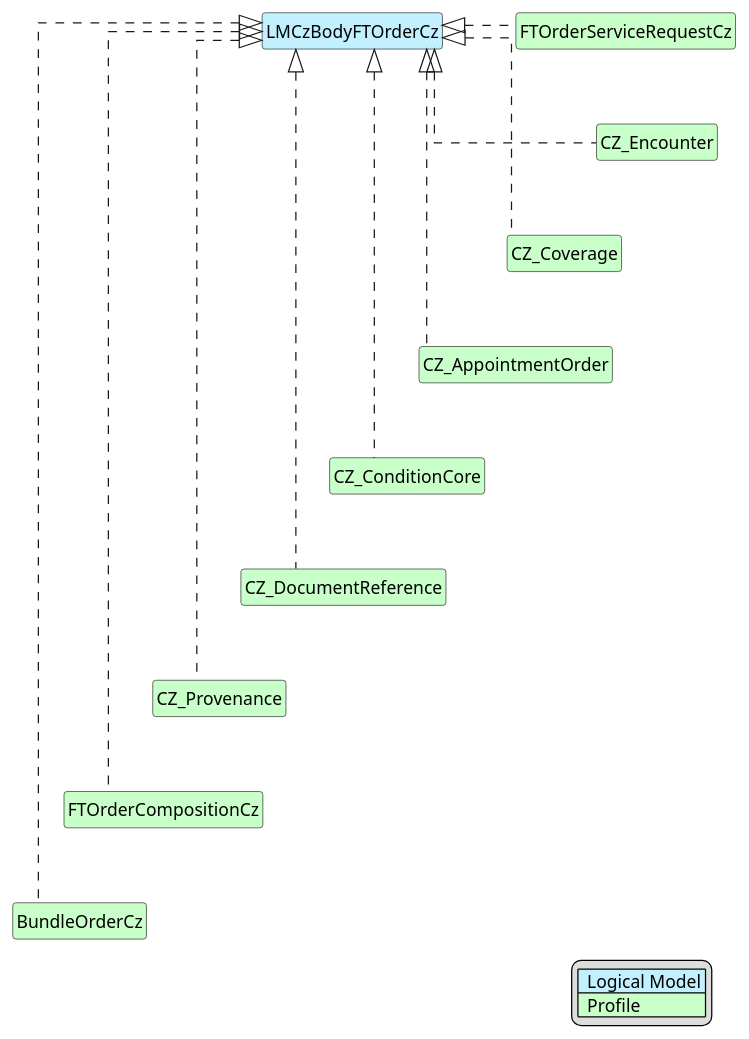
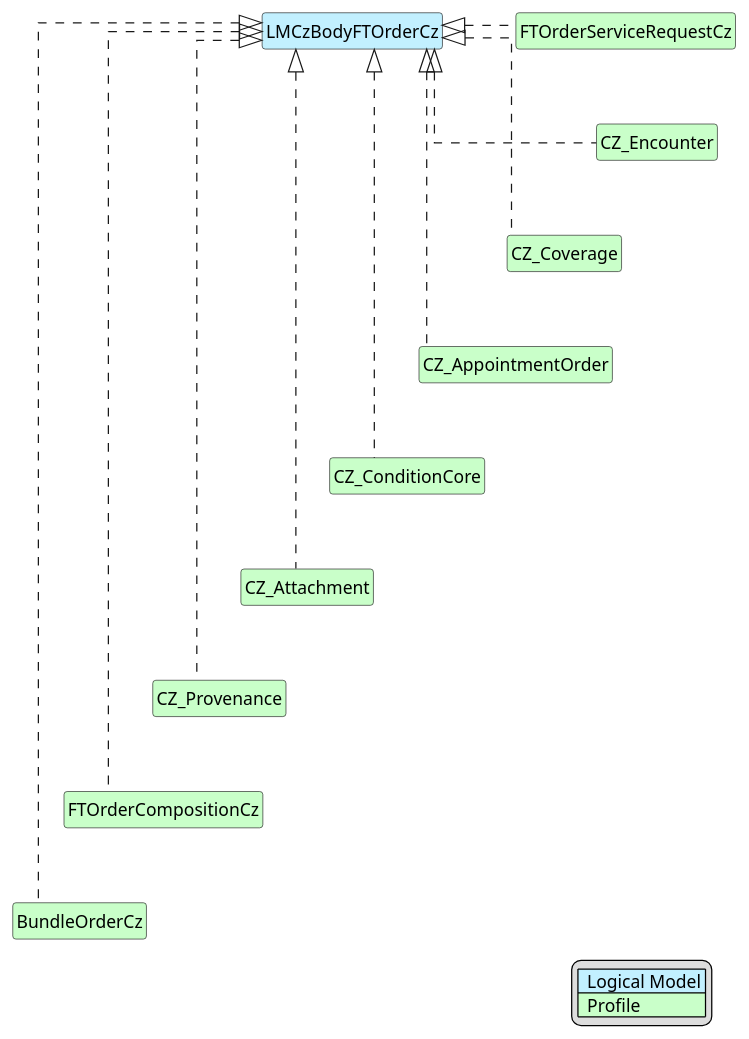
The diagram in input/images-source/FT-Body-map.plantuml (HL7-cz/k-order), drawn with PlantUML before and after one commit. The commit also changed 16 other files, not shown here.

```diff
--- a/input/images-source/FT-Body-map.plantuml
+++ b/input/images-source/FT-Body-map.plantuml
@@ -1,57 +1,57 @@
 @startuml
 
 hide circle
 hide stereotype
 hide members
 hide methods
 
 skinparam linetype ortho
 
 skinparam class {
 BackgroundColor<<LogicalModel>> #APPLICATION
 BackgroundColor<<Profile>> #TECHNOLOGY
 }
 
 legend right
 | <#APPLICATION>  Logical Model |
 | <#TECHNOLOGY>  Profile |
 endlegend
 
 class "LMCzBodyFTOrderCz" <<LogicalModel>> [[StructureDefinition-LMBodyFTOrder.html]]
 
 class "FTOrderServiceRequestCz" <<Profile>> [[StructureDefinition-FTServiceRequestCz.html]]
 "LMCzBodyFTOrderCz" <|. "FTOrderServiceRequestCz"
 
 class "CZ_Encounter" <<Profile>> [[https://hl7.cz/fhir/core/StructureDefinition-encounter-cz-core.html]]
 "LMCzBodyFTOrderCz" <|. "CZ_Encounter"
 "FTOrderServiceRequestCz" -d[hidden]-> "CZ_Encounter"
 
 class "CZ_Coverage" <<Profile>> [[https://hl7.cz/fhir/core/StructureDefinition-cz-coverage.html]]
 "LMCzBodyFTOrderCz" <|. "CZ_Coverage"
 "CZ_Encounter" -d[hidden]-> "CZ_Coverage"
 
 class "CZ_AppointmentOrder" <<Profile>> [[StructureDefinition-cz-appointmentOrder.html]]
 "LMCzBodyFTOrderCz" <|. "CZ_AppointmentOrder"
 "CZ_Coverage" -d[hidden]-> "CZ_AppointmentOrder"
 
 class "CZ_ConditionCore" <<Profile>> [[https://hl7.cz/fhir/core/StructureDefinition-condition-cz-core.html]]
 "LMCzBodyFTOrderCz" <|. "CZ_ConditionCore"
 "CZ_AppointmentOrder" -d[hidden]-> "CZ_ConditionCore"
 
-class "CZ_DocumentReference" <<Profile>> [[https://hl7.cz/fhir/core/StructureDefinition-cz-documentreference.html]]
-"LMCzBodyFTOrderCz" <|. "CZ_DocumentReference"
-"CZ_ConditionCore" -d[hidden]-> "CZ_DocumentReference"
+class "CZ_Attachment" <<Profile>> [[https://hl7.cz/fhir/core/StructureDefinition-cz-attachment.html]]
+"LMCzBodyFTOrderCz" <|. "CZ_Attachment"
+"CZ_ConditionCore" -d[hidden]-> "CZ_Attachment"
 
 class "CZ_Provenance" <<Profile>> [[https://hl7.cz/fhir/core/StructureDefinition-cz-provenance.html]]
 "LMCzBodyFTOrderCz" <|. "CZ_Provenance"
-"CZ_DocumentReference" -d[hidden]-> "CZ_Provenance"
+"CZ_Attachment" -d[hidden]-> "CZ_Provenance"
 
 class "FTOrderCompositionCz" <<Profile>> [[StructureDefinition-FTOrderCompositionCz.html]]
 "LMCzBodyFTOrderCz" <|. "FTOrderCompositionCz"
 "CZ_Provenance" -d[hidden]-> "FTOrderCompositionCz"
 
 class "BundleOrderCz" <<Profile>> [[StructureDefinition-BundleOrderCz.html]]
 "LMCzBodyFTOrderCz" <|. "BundleOrderCz"
 "FTOrderCompositionCz" -d[hidden]-> "BundleOrderCz"
 
 @enduml
```
